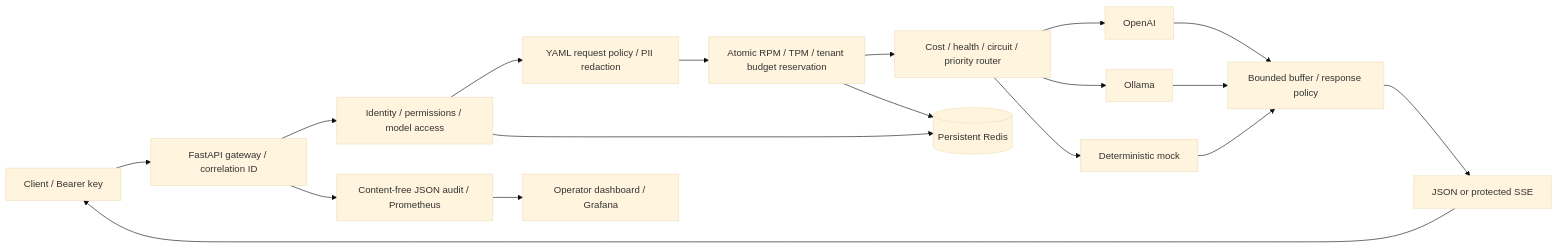
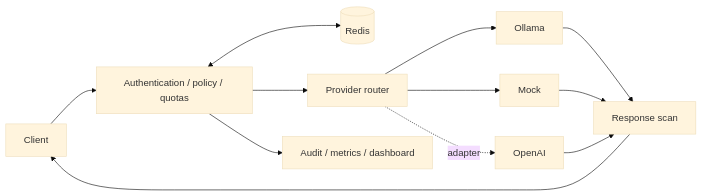
One commit to daygthb/Multi-Provider-LLM-Security-Gateway changed the diagram in README.md. Above: the diagram before and after it, drawn with Mermaid (base theme). The commit also changed other lines of this file and 7 other files, not shown here.

````diff
--- a/README.md
+++ b/README.md
@@ -5,17 +14,12 @@
 ```mermaid
 flowchart LR
-    C[Client / Bearer key] --> G[FastAPI gateway / correlation ID]
-    G --> A[Identity / permissions / model access]
-    A --> P[YAML request policy / PII redaction]
-    P --> Q[Atomic RPM / TPM / tenant budget reservation]
-    Q --> R[Cost / health / circuit / priority router]
-    R --> O[OpenAI]
+    C[Client] --> G[Authentication / policy / quotas]
+    G <--> D[(Redis)]
+    G --> R[Provider router]
     R --> L[Ollama]
-    R --> M[Deterministic mock]
-    O & L & M --> S[Bounded buffer / response policy]
-    S --> J[JSON or protected SSE]
-    J --> C
-    A & Q --> D[(Persistent Redis)]
-    G --> E[Content-free JSON audit / Prometheus]
-    E --> V[Operator dashboard / Grafana]
+    R --> M[Mock]
+    R -. adapter .-> O[OpenAI]
+    L & M & O --> S[Response scan]
+    S --> C
+    G --> V[Audit / metrics / dashboard]
 ```
````
